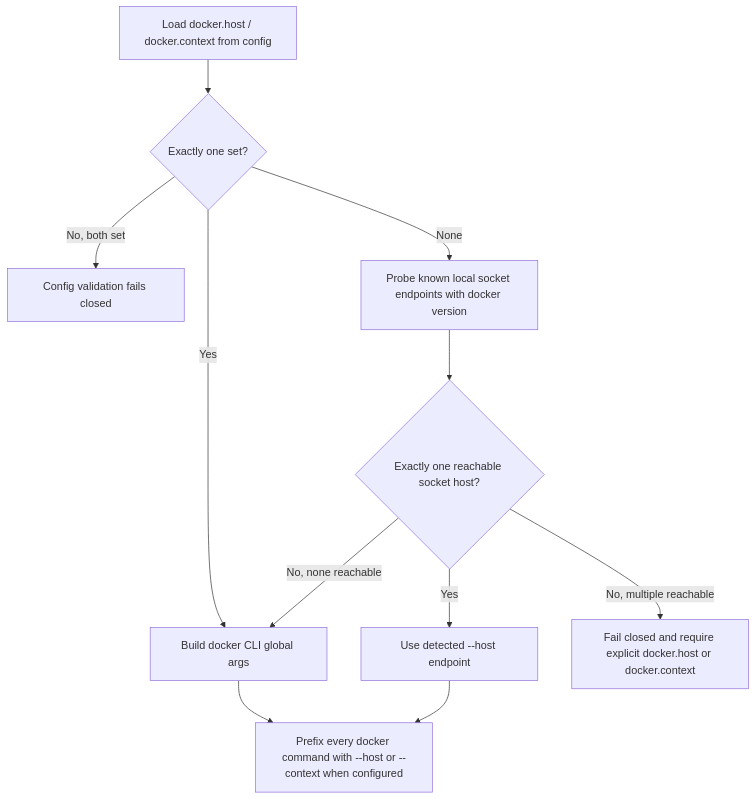
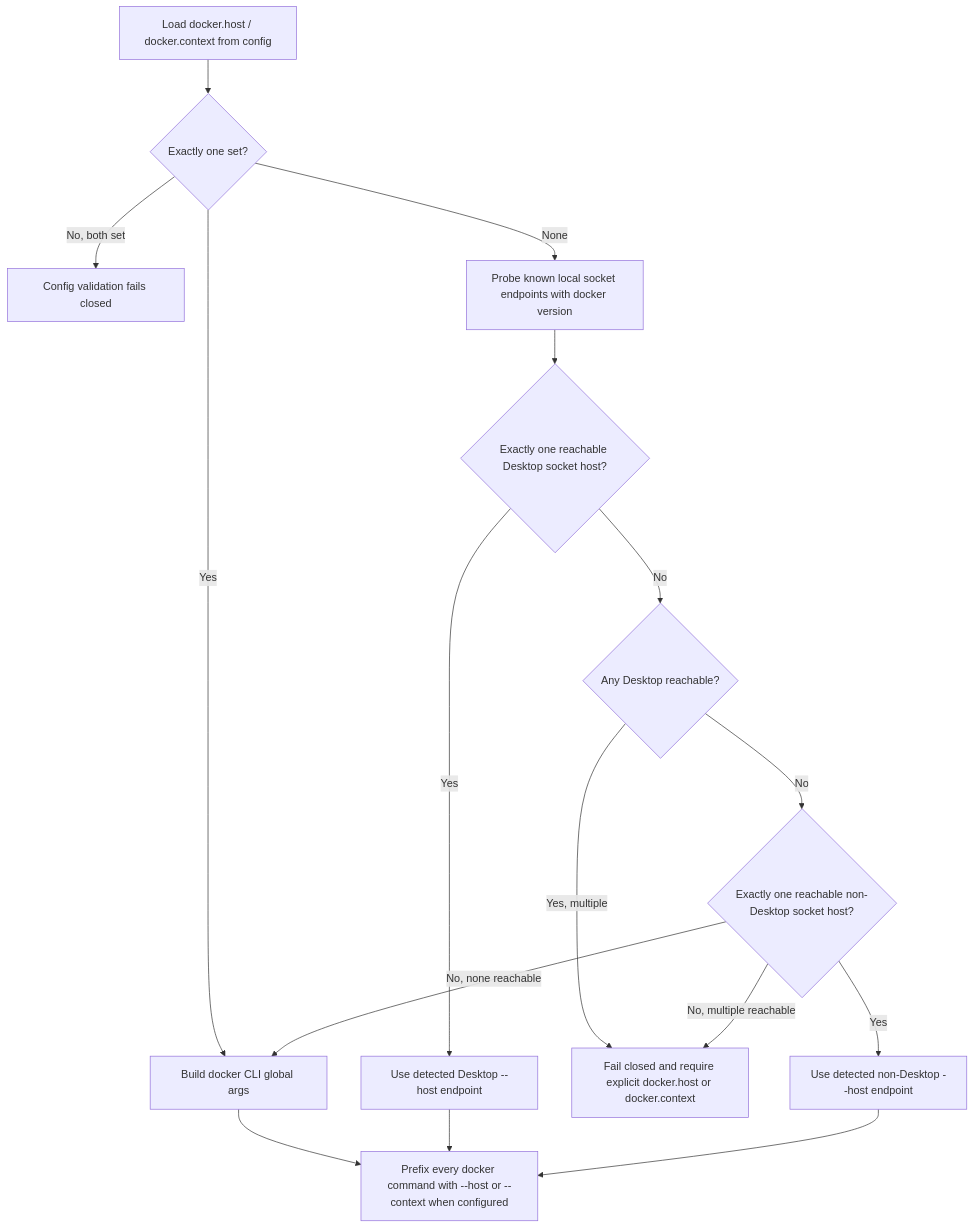
One commit to vivekvedant/prune-guard changed the first of 3 diagrams in flowcharts/docker-backend.md. Above: the diagram before and after it, drawn with Mermaid. The commit also changed 4 other files, not shown here.

Commit message:
fix(docker): prioritize desktop socket autodetection

````diff
--- a/flowcharts/docker-backend.md
+++ b/flowcharts/docker-backend.md
@@ -7,13 +7,18 @@
 ```mermaid
 flowchart TD
     A[Load docker.host / docker.context from config] --> B{Exactly one set?}
     B -- No, both set --> C[Config validation fails closed]
     B -- Yes --> D[Build docker CLI global args]
     B -- None --> F[Probe known local socket endpoints with docker version]
-    F --> G{Exactly one reachable socket host?}
-    G -- Yes --> H[Use detected --host endpoint]
-    G -- No, none reachable --> D
-    G -- No, multiple reachable --> I[Fail closed and require explicit docker.host or docker.context]
+    F --> G{Exactly one reachable Desktop socket host?}
+    G -- Yes --> H[Use detected Desktop --host endpoint]
+    G -- No --> J{Any Desktop reachable?}
+    J -- Yes, multiple --> I[Fail closed and require explicit docker.host or docker.context]
+    J -- No --> K{Exactly one reachable non-Desktop socket host?}
+    K -- Yes --> L[Use detected non-Desktop --host endpoint]
+    K -- No, none reachable --> D
+    K -- No, multiple reachable --> I
     D --> E[Prefix every docker command with --host or --context when configured]
     H --> E
+    L --> E
 ```
````
